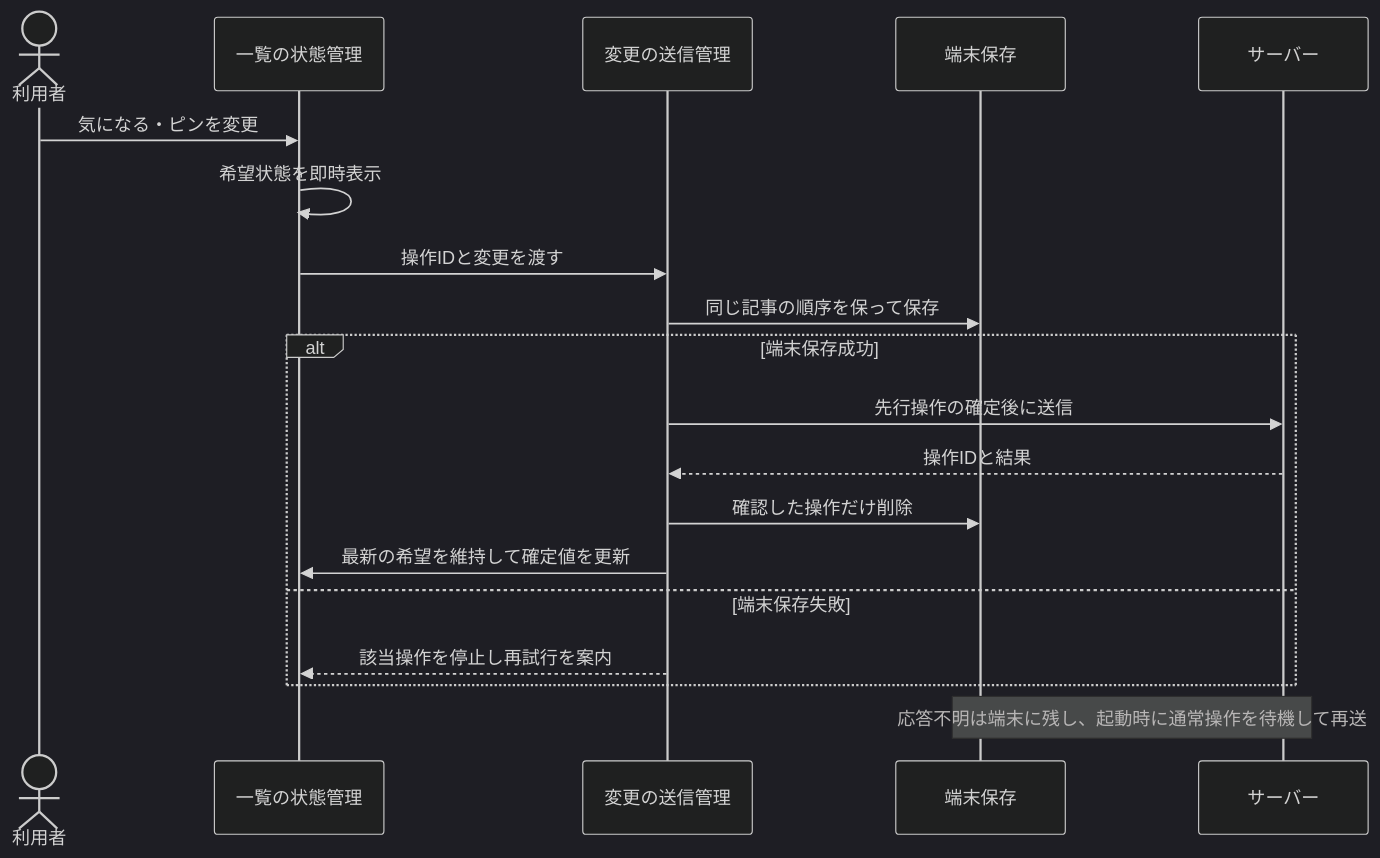
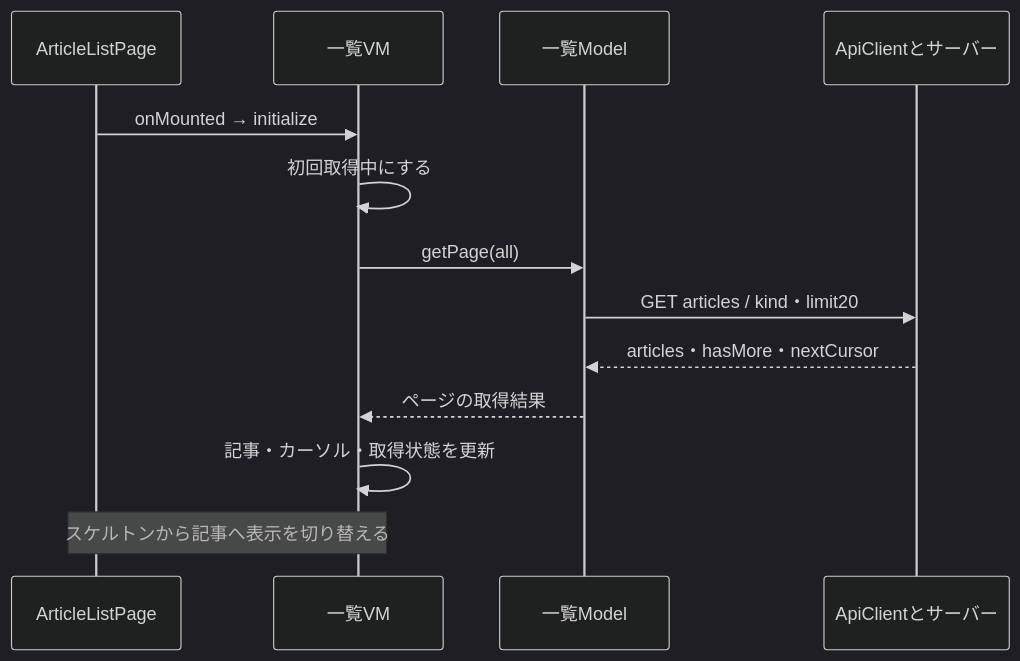
Before and after one commit to BeppuKanato/it-discovery: the first of 2 diagrams in docs/sequences-list.md, drawn with Mermaid (dark theme). The commit also changed other lines of this file and 9 other files, not shown here.

````diff
--- a/docs/sequences-list.md
+++ b/docs/sequences-list.md
@@ -266,21 +11,15 @@
 ```mermaid
 sequenceDiagram
-    actor U as 利用者
-    participant V as 一覧の状態管理
-    participant Q as 変更の送信管理
-    participant L as 端末保存
-    participant S as サーバー
-    U->>V: 気になる・ピンを変更
-    V->>V: 希望状態を即時表示
-    V->>Q: 操作IDと変更を渡す
-    Q->>L: 同じ記事の順序を保って保存
-    alt 端末保存成功
-        Q->>S: 先行操作の確定後に送信
-        S-->>Q: 操作IDと結果
-        Q->>L: 確認した操作だけ削除
-        Q->>V: 最新の希望を維持して確定値を更新
-    else 端末保存失敗
-        Q-->>V: 該当操作を停止し再試行を案内
-    end
-    Note over L,S: 応答不明は端末に残し、起動時に通常操作を待機して再送
+  participant V as ArticleListPage
+  participant VM as 一覧VM
+  participant M as 一覧Model
+  participant API as ApiClientとサーバー
+  V->>VM: onMounted → initialize
+  VM->>VM: 初回取得中にする
+  VM->>M: getPage(all)
+  M->>API: GET articles / kind・limit20
+  API-->>M: articles・hasMore・nextCursor
+  M-->>VM: ページの取得結果
+  VM->>VM: 記事・カーソル・取得状態を更新
+  Note over V,VM: スケルトンから記事へ表示を切り替える
 ```
````
